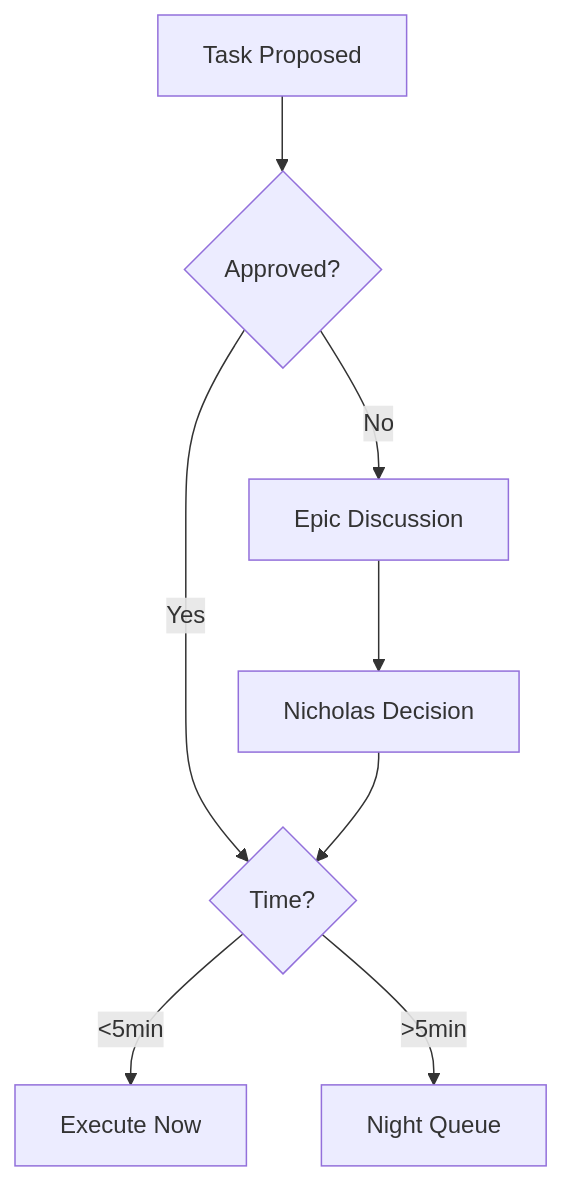
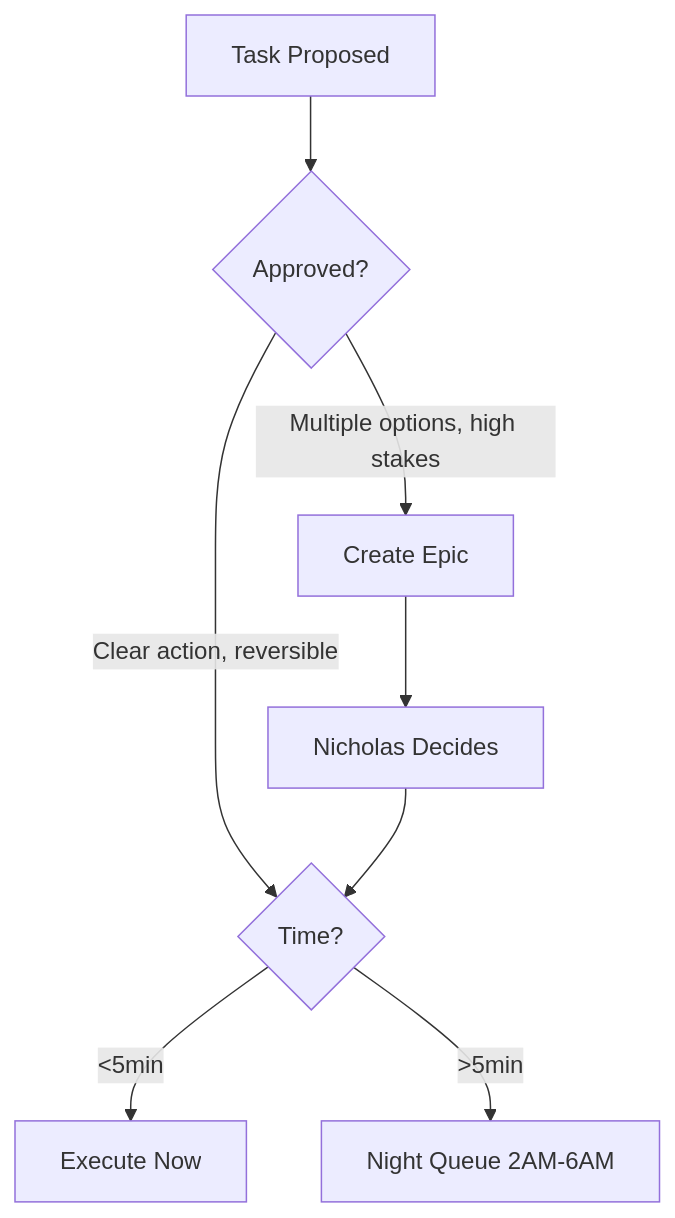
Before and after one commit to nonlinear/backstage: the diagram in projects/studio/epics/v0.30.0/index.md, drawn with Mermaid. The commit also changed other lines of this file, not shown here.

Commit message:
Clean v0.30.0: keep diagram only (was 200 lines)

````diff
--- a/projects/studio/epics/v0.30.0/index.md
+++ b/projects/studio/epics/v0.30.0/index.md
@@ -136,10 +5,10 @@
 ```mermaid
 graph TD
     A[Task Proposed] --> B{Approved?}
-    B -->|Yes| C{Time?}
-    B -->|No| D[Epic Discussion]
+    B -->|Clear action, reversible| C{Time?}
+    B -->|Multiple options, high stakes| D[Create Epic]
     C -->|<5min| E[Execute Now]
-    C -->|>5min| F[Night Queue]
-    D --> G[Nicholas Decision]
+    C -->|>5min| F[Night Queue 2AM-6AM]
+    D --> G[Nicholas Decides]
     G --> C
 ```
````
